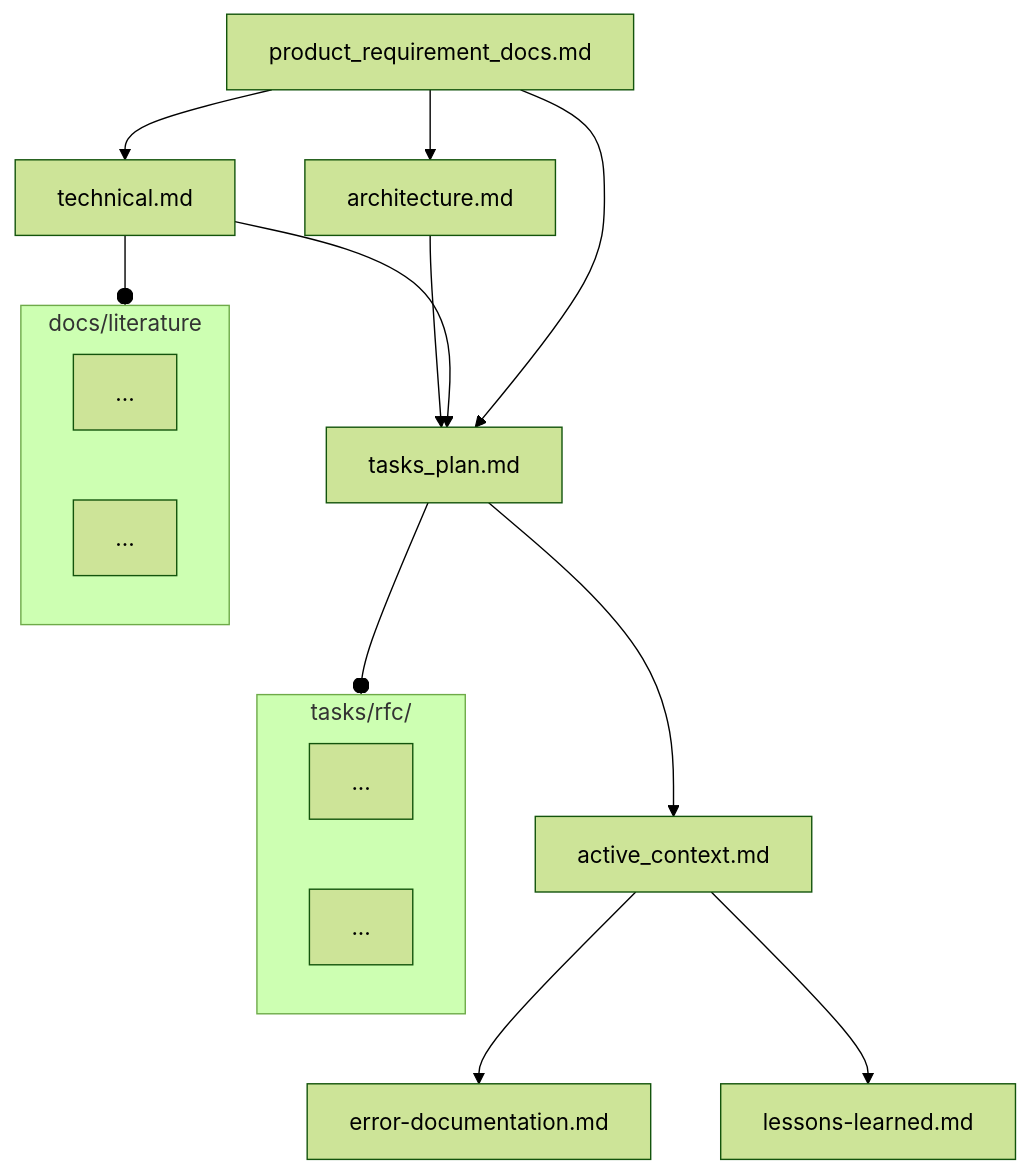
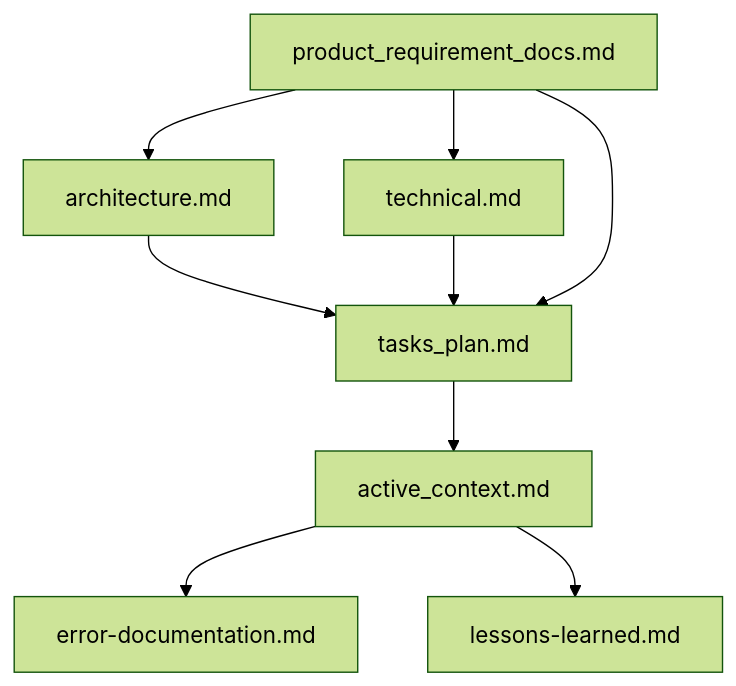
The diagram in CLAUDE.md (gustavop-dev/mimittos_project), drawn with Mermaid (forest theme) before and after one commit. The commit also changed other lines of this file and 4 other files, not shown here.

````diff
--- a/CLAUDE.md
+++ b/CLAUDE.md
@@ -254,21 +192,11 @@
 ```mermaid
 flowchart TD
     PB[product_requirement_docs.md] --> PC[technical.md]
     PB --> SP[architecture.md]
     SP --> TC[tasks_plan.md]
     PC --> TC
     PB --> TC
     TC --> AC[active_context.md]
     AC --> ER[error-documentation.md]
     AC --> LL[lessons-learned.md]
-    subgraph LIT[ docs/literature ]
-        L1[...]
-        L2[...]
-    end
-    subgraph RFC[ tasks/rfc/ ]
-        R1[...]
-        R2[...]
-    end
-    PC --o LIT
-    TC --o RFC
 ```
````
